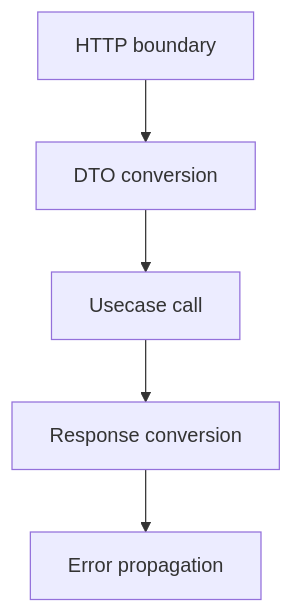
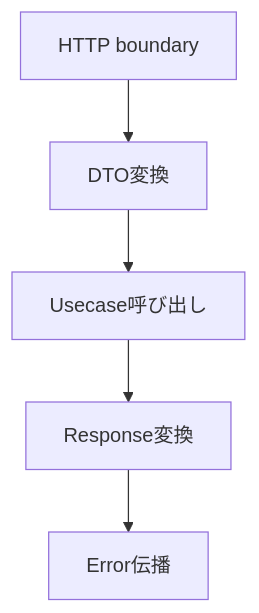
One commit to Tomy-ch/go-boilerplate changed the tenth of 10 diagrams in internal/controller/handler/README.md. Above: the diagram before and after it, drawn with Mermaid. The commit also changed other lines of this file and 970 other files, not shown here.

````diff
--- a/internal/controller/handler/README.md
+++ b/internal/controller/handler/README.md
@@ -584,10 +597,10 @@
 ```mermaid
 flowchart TB
     A["HTTP boundary"]
-    B["DTO conversion"]
-    C["Usecase call"]
-    D["Response conversion"]
-    E["Error propagation"]
+    B["DTO変換"]
+    C["Usecase呼び出し"]
+    D["Response変換"]
+    E["Error伝播"]
 
     A --> B --> C --> D --> E
 ```
````
